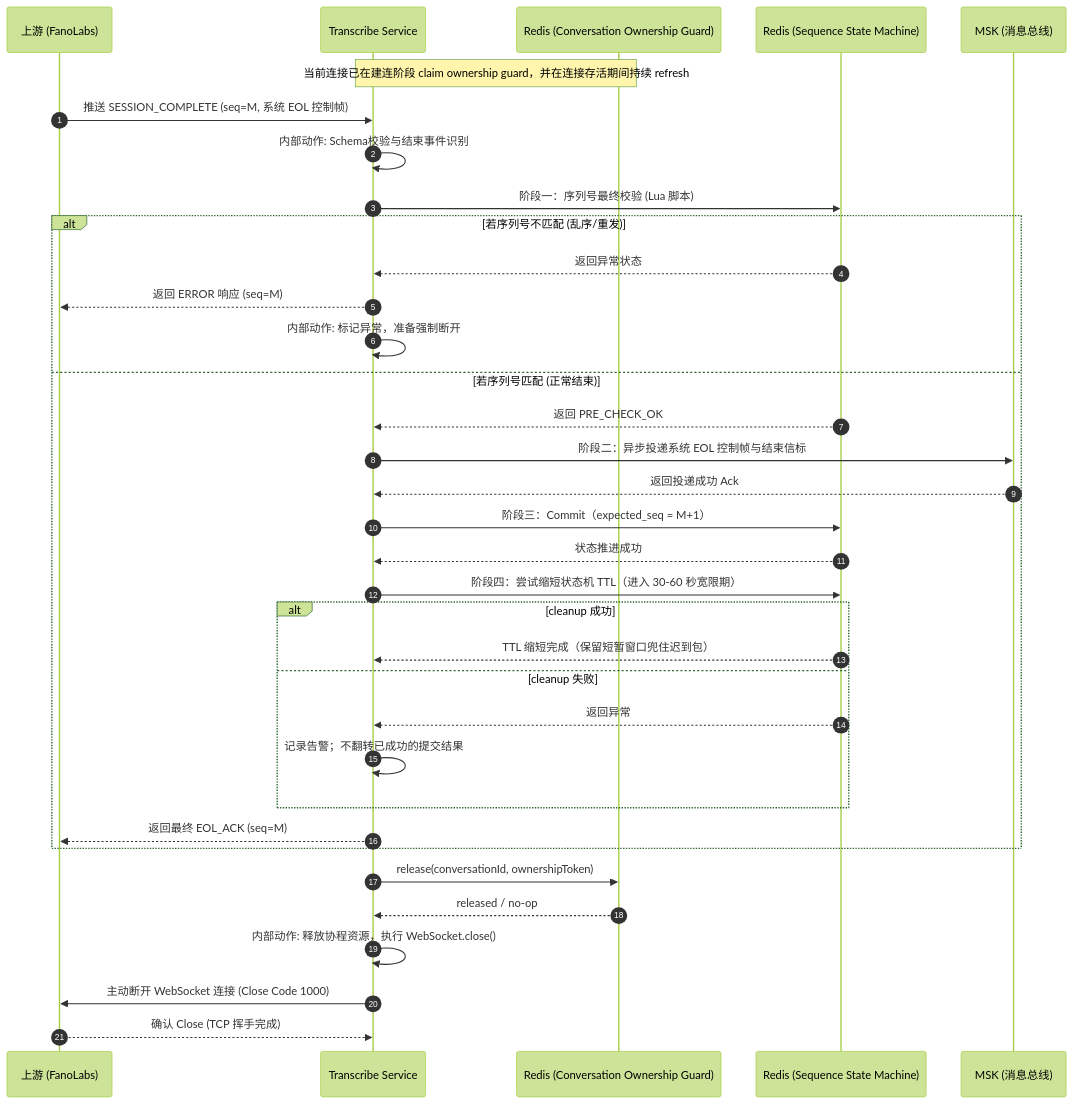
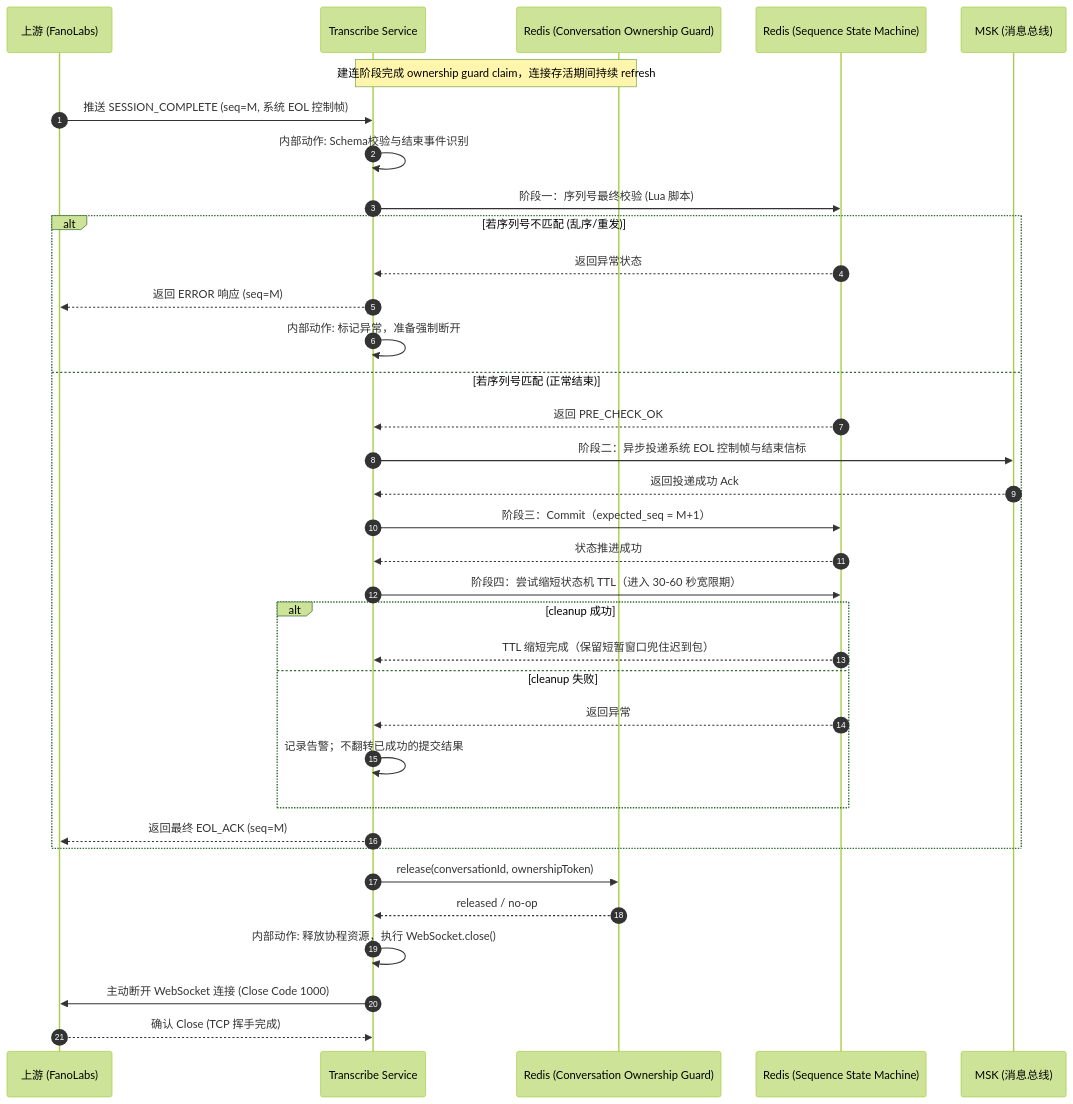
Before and after one commit to xiaodouya001/transcribe_service: the fourth of 6 diagrams in design/application-design_zh.md, drawn with Mermaid (forest theme). The commit also changed other lines of this file and 6 other files, not shown here.

````diff
--- a/design/application-design_zh.md
+++ b/design/application-design_zh.md
@@ -165,46 +165,46 @@
 ```mermaid
 sequenceDiagram
     autonumber
     participant Vendor as 上游 (FanoLabs)
     participant Trans as Transcribe Service
     participant RedisOwnership as Redis (Conversation Ownership Guard)
     participant RedisState as Redis (Sequence State Machine)
     participant Kafka as MSK (消息总线)
 
-    Note over Trans,RedisOwnership: 当前连接已在建连阶段 claim ownership guard，并在连接存活期间持续 refresh
+    Note over Trans,RedisOwnership: 建连阶段完成 ownership guard claim，连接存活期间持续 refresh
 
     Vendor->>Trans: 推送 SESSION_COMPLETE (seq=M, 系统 EOL 控制帧)
     Trans->>Trans: 内部动作: Schema校验与结束事件识别
     
     Trans->>RedisState: 阶段一：序列号最终校验 (Lua 脚本)
     
     alt 若序列号不匹配 (乱序/重发)
         RedisState-->>Trans: 返回异常状态
         Trans-->>Vendor: 返回 ERROR 响应 (seq=M)
         Trans->>Trans: 内部动作: 标记异常，准备强制断开
     else 若序列号匹配 (正常结束)
         RedisState-->>Trans: 返回 PRE_CHECK_OK
         
         Trans->>Kafka: 阶段二：异步投递系统 EOL 控制帧与结束信标
         Kafka-->>Trans: 返回投递成功 Ack
         
         Trans->>RedisState: 阶段三：Commit（expected_seq = M+1）
         RedisState-->>Trans: 状态推进成功
 
         Trans->>RedisState: 阶段四：尝试缩短状态机 TTL（进入 30-60 秒宽限期）
         alt cleanup 成功
             RedisState-->>Trans: TTL 缩短完成（保留短暂窗口兜住迟到包）
         else cleanup 失败
             RedisState-->>Trans: 返回异常
             Trans->>Trans: 记录告警；不翻转已成功的提交结果
         end
 
         Trans-->>Vendor: 返回最终 EOL_ACK (seq=M)
     end
     
     Trans->>RedisOwnership: release(conversationId, ownershipToken)
     RedisOwnership-->>Trans: released / no-op
     Trans->>Trans: 内部动作: 释放协程资源，执行 WebSocket.close()
     Trans->>Vendor: 主动断开 WebSocket 连接 (Close Code 1000)
     Vendor-->>Trans: 确认 Close (TCP 挥手完成)
 ```
````
